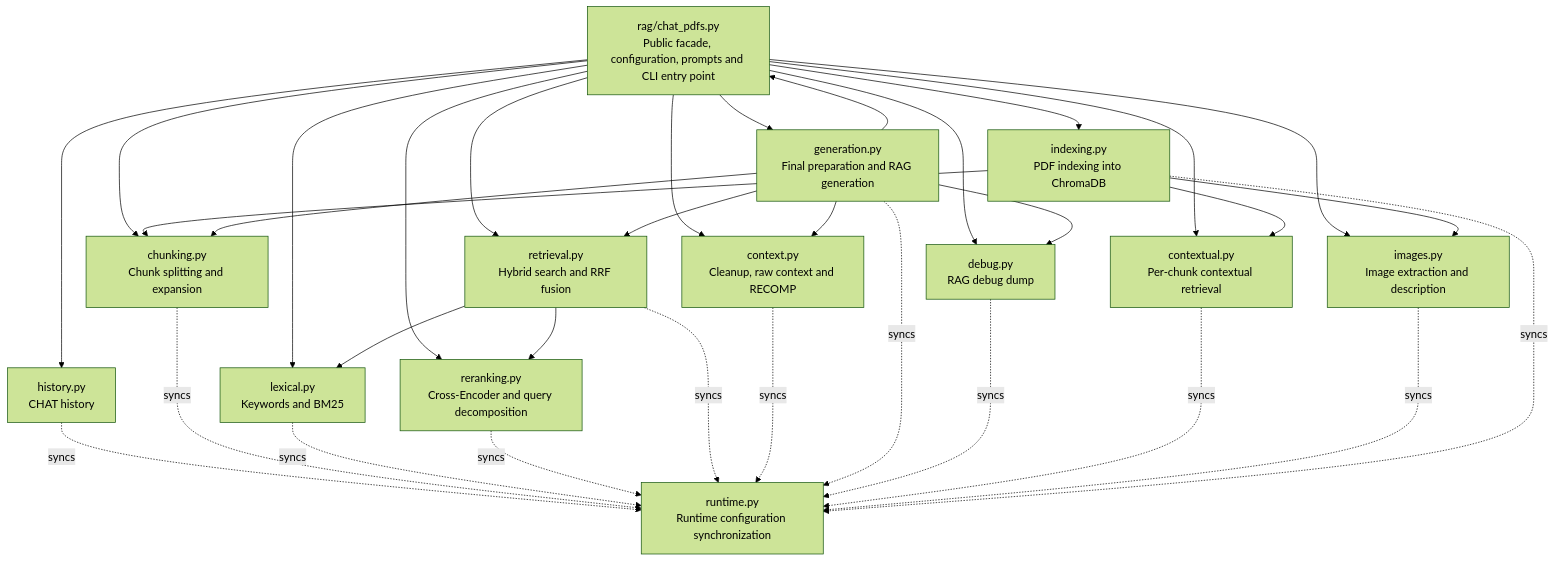
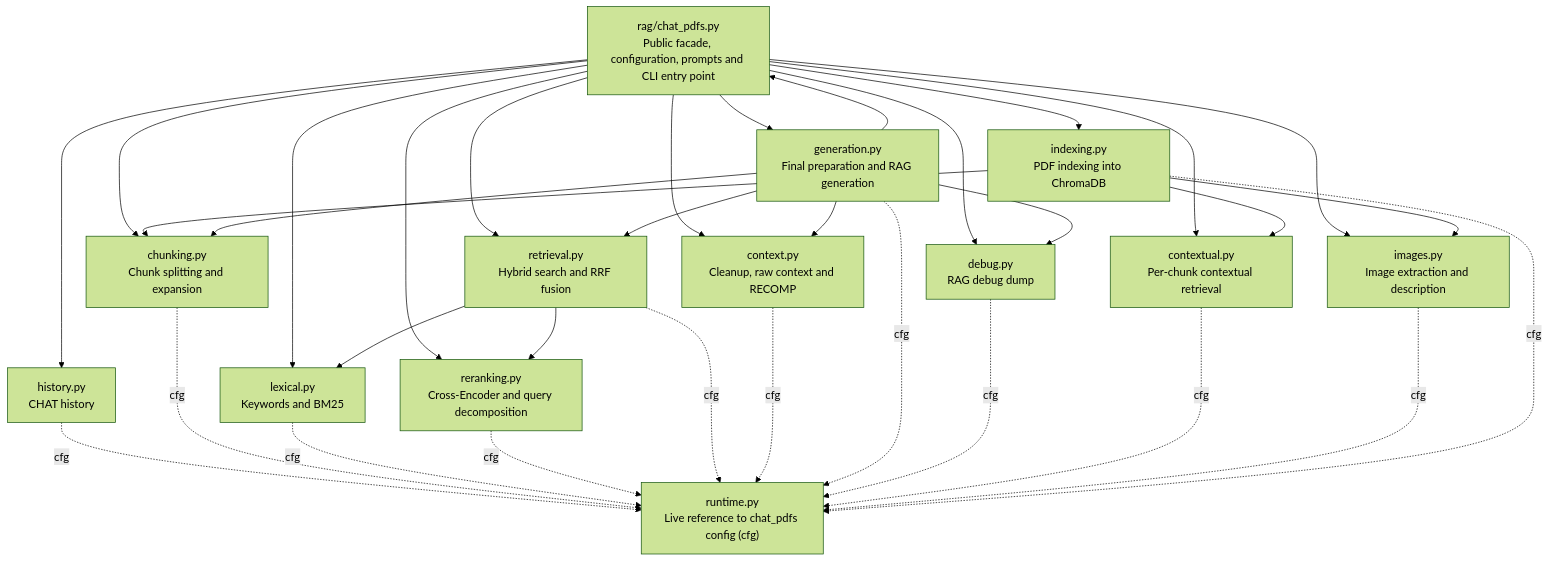
Before and after one commit to iDiagoValeta/localOllamaRAG: the diagram in rag/engine/ENGINE_MAP.md, drawn with Mermaid (forest theme). The commit also changed other lines of this file and 1 other file, not shown here.

Commit message:
docs: update engine map and README for cfg runtime model

````diff
--- a/rag/engine/ENGINE_MAP.md
+++ b/rag/engine/ENGINE_MAP.md
@@ -33,54 +36,54 @@
 ```mermaid
 flowchart TD
     chat["rag/chat_pdfs.py<br/>Public facade, configuration, prompts and CLI entry point"]
 
-    runtime["runtime.py<br/>Runtime configuration synchronization"]
+    runtime["runtime.py<br/>Live reference to chat_pdfs config (cfg)"]
     history["history.py<br/>CHAT history"]
     chunking["chunking.py<br/>Chunk splitting and expansion"]
     lexical["lexical.py<br/>Keywords and BM25"]
     reranking["reranking.py<br/>Cross-Encoder and query decomposition"]
     retrieval["retrieval.py<br/>Hybrid search and RRF fusion"]
     context["context.py<br/>Cleanup, raw context and RECOMP"]
     generation["generation.py<br/>Final preparation and RAG generation"]
     debug["debug.py<br/>RAG debug dump"]
     contextual["contextual.py<br/>Per-chunk contextual retrieval"]
     images["images.py<br/>Image extraction and description"]
     indexing["indexing.py<br/>PDF indexing into ChromaDB"]
 
     chat --> history
     chat --> chunking
     chat --> lexical
     chat --> reranking
     chat --> retrieval
     chat --> context
     chat --> generation
     chat --> debug
     chat --> contextual
     chat --> images
     chat --> indexing
 
-    history -. syncs .-> runtime
-    chunking -. syncs .-> runtime
-    lexical -. syncs .-> runtime
-    reranking -. syncs .-> runtime
-    retrieval -. syncs .-> runtime
-    context -. syncs .-> runtime
-    generation -. syncs .-> runtime
-    debug -. syncs .-> runtime
-    contextual -. syncs .-> runtime
-    images -. syncs .-> runtime
-    indexing -. syncs .-> runtime
+    history -. cfg .-> runtime
+    chunking -. cfg .-> runtime
+    lexical -. cfg .-> runtime
+    reranking -. cfg .-> runtime
+    retrieval -. cfg .-> runtime
+    context -. cfg .-> runtime
+    generation -. cfg .-> runtime
+    debug -. cfg .-> runtime
+    contextual -. cfg .-> runtime
+    images -. cfg .-> runtime
+    indexing -. cfg .-> runtime
 
     indexing --> chunking
     indexing --> contextual
     indexing --> images
 
     retrieval --> lexical
     retrieval --> reranking
 
     generation --> retrieval
     generation --> chunking
     generation --> context
     generation --> debug
     generation --> chat
 ```
````
